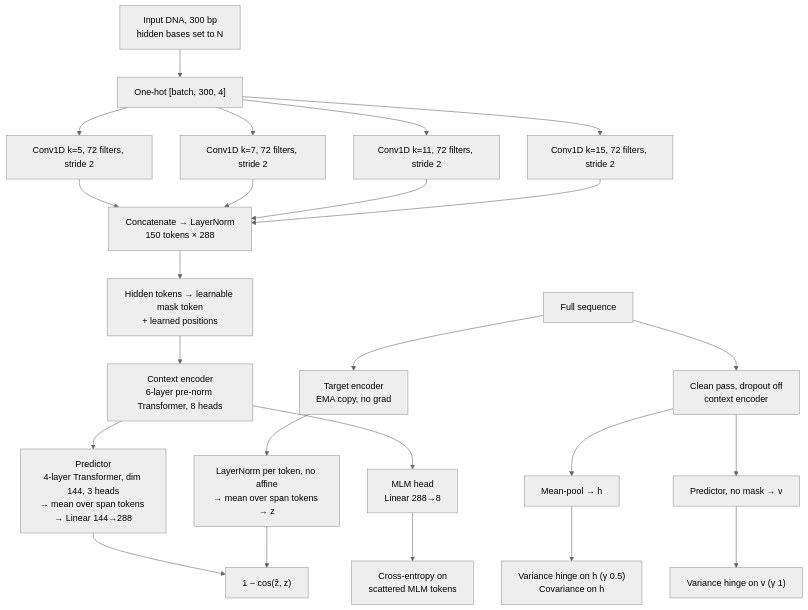
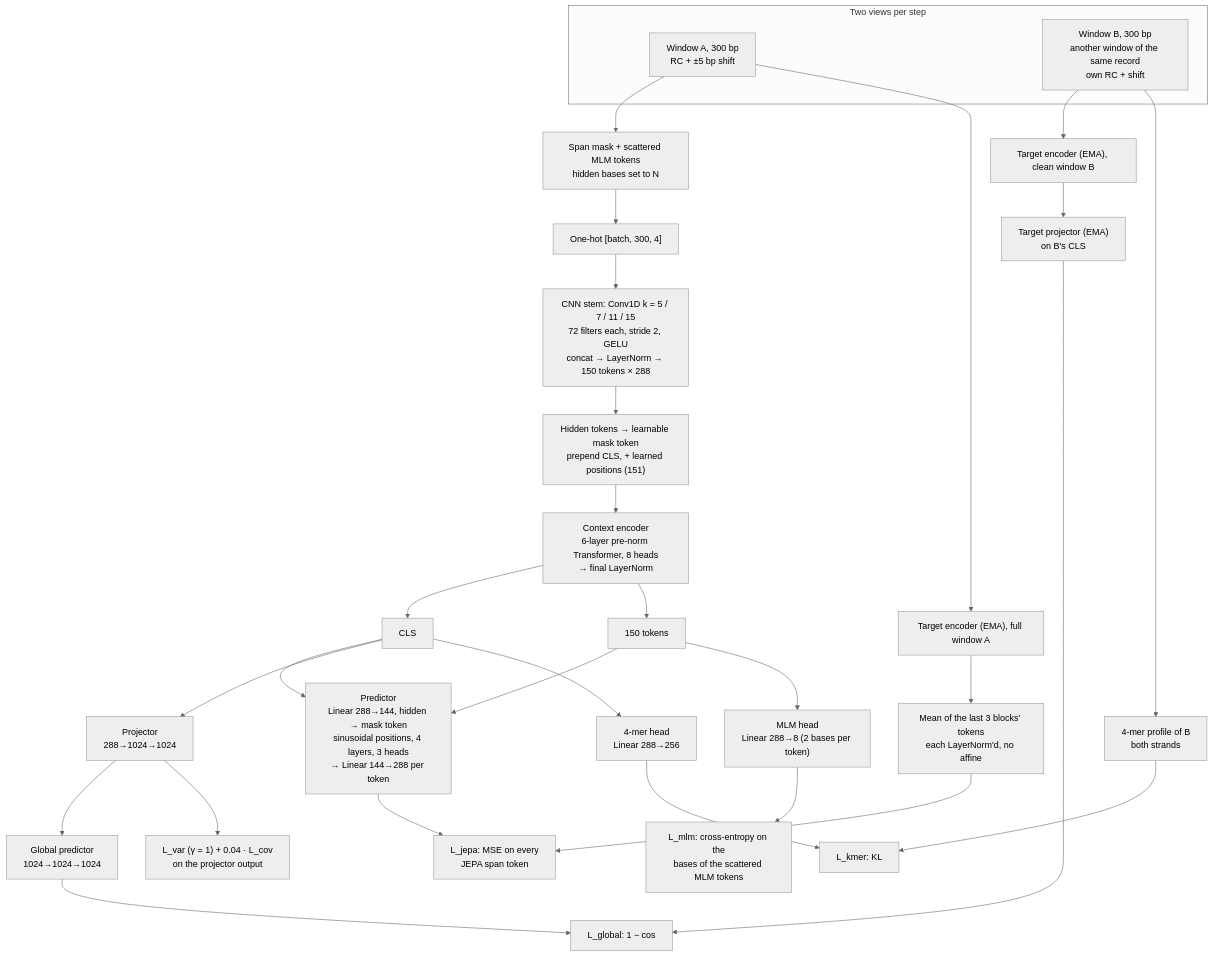
One commit to Luckycrucio/ViralJEPA changed the diagram in README.md. Above: the diagram before and after it, drawn with Mermaid (neutral theme). The commit also changed other lines of this file and 9 other files, not shown here.

````diff
--- a/README.md
+++ b/README.md
@@ -37,29 +20,37 @@
 ```mermaid
 flowchart TD
-    A["Input DNA, 300 bp<br/>hidden bases set to N"] --> B["One-hot [batch, 300, 4]"]
+    subgraph Views["Two views per step"]
+        A["Window A, 300 bp<br/>RC + ±5 bp shift"]
+        B["Window B, 300 bp<br/>another window of the same record<br/>own RC + shift"]
+    end
 
-    B --> C1["Conv1D k=5, 72 filters, stride 2"]
-    B --> C2["Conv1D k=7, 72 filters, stride 2"]
-    B --> C3["Conv1D k=11, 72 filters, stride 2"]
-    B --> C4["Conv1D k=15, 72 filters, stride 2"]
+    A --> MK["Span mask + scattered MLM tokens<br/>hidden bases set to N"]
+    MK --> OH["One-hot [batch, 300, 4]"]
+    OH --> STEM["CNN stem: Conv1D k = 5 / 7 / 11 / 15<br/>72 filters each, stride 2, GELU<br/>concat → LayerNorm → 150 tokens × 288"]
+    STEM --> MT["Hidden tokens → learnable mask token<br/>prepend CLS, + learned positions (151)"]
+    MT --> ENC["Context encoder<br/>6-layer pre-norm Transformer, 8 heads<br/>→ final LayerNorm"]
+    ENC --> CCLS["CLS"]
+    ENC --> CTOK["150 tokens"]
 
-    C1 --> D["Concatenate → LayerNorm<br/>150 tokens × 288"]
-    C2 --> D
-    C3 --> D
-    C4 --> D
+    CCLS --> PRED["Predictor<br/>Linear 288→144, hidden → mask token<br/>sinusoidal positions, 4 layers, 3 heads<br/>→ Linear 144→288 per token"]
+    CTOK --> PRED
+    CTOK --> MLMH["MLM head<br/>Linear 288→8 (2 bases per token)"]
+    CCLS --> PROJ["Projector<br/>288→1024→1024"]
+    CCLS --> KH["4-mer head<br/>Linear 288→256"]
+    PROJ --> GP["Global predictor<br/>1024→1024→1024"]
 
-    D --> E["Hidden tokens → learnable mask token<br/>+ learned positions"]
-    E --> F["Context encoder<br/>6-layer pre-norm Transformer, 8 heads"]
+    A --> TEA["Target encoder (EMA), full window A"]
+    TEA --> TT["Mean of the last 3 blocks' tokens<br/>each LayerNorm'd, no affine"]
+    B --> TEB["Target encoder (EMA), clean window B"]
+    TEB --> TPROJ["Target projector (EMA)<br/>on B's CLS"]
+    B --> KP["4-mer profile of B<br/>both strands"]
 
-    F --> G["Predictor<br/>4-layer Transformer, dim 144, 3 heads<br/>→ mean over span tokens → Linear 144→288"]
-    F --> M["MLM head<br/>Linear 288→8"]
-
-    T["Full sequence"] --> TE["Target encoder<br/>EMA copy, no grad"] --> TP["LayerNorm per token, no affine<br/>→ mean over span tokens → z"]
-
-    G --> L["1 − cos(ẑ, z)"]
-    TP --> L
-    M --> CE["Cross-entropy on<br/>scattered MLM tokens"]
-    T --> CL["Clean pass, dropout off<br/>context encoder"]
-    CL --> H["Mean-pool → h"] --> V["Variance hinge on h (γ 0.5)<br/>Covariance on h"]
-    CL --> PV["Predictor, no mask → v"] --> V2["Variance hinge on v (γ 1)"]
+    PRED --> LJ["L_jepa: MSE on every<br/>JEPA span token"]
+    TT --> LJ
+    MLMH --> LM["L_mlm: cross-entropy on the<br/>bases of the scattered MLM tokens"]
+    GP --> LG["L_global: 1 − cos"]
+    TPROJ --> LG
+    PROJ --> LV["L_var (γ = 1) + 0.04 · L_cov<br/>on the projector output"]
+    KH --> LK["L_kmer: KL"]
+    KP --> LK
 ```
````
